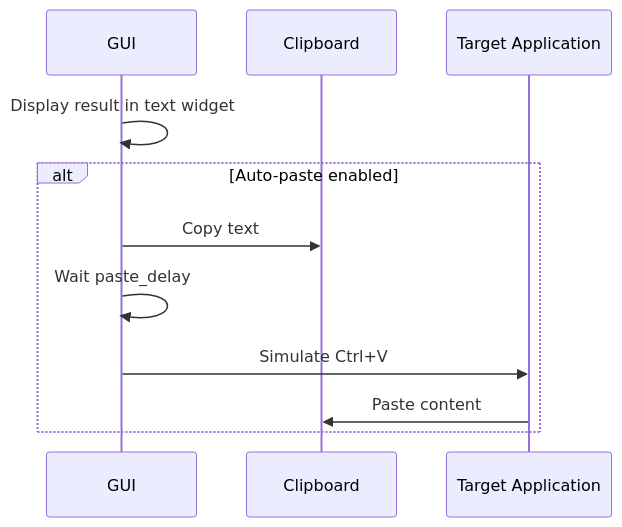
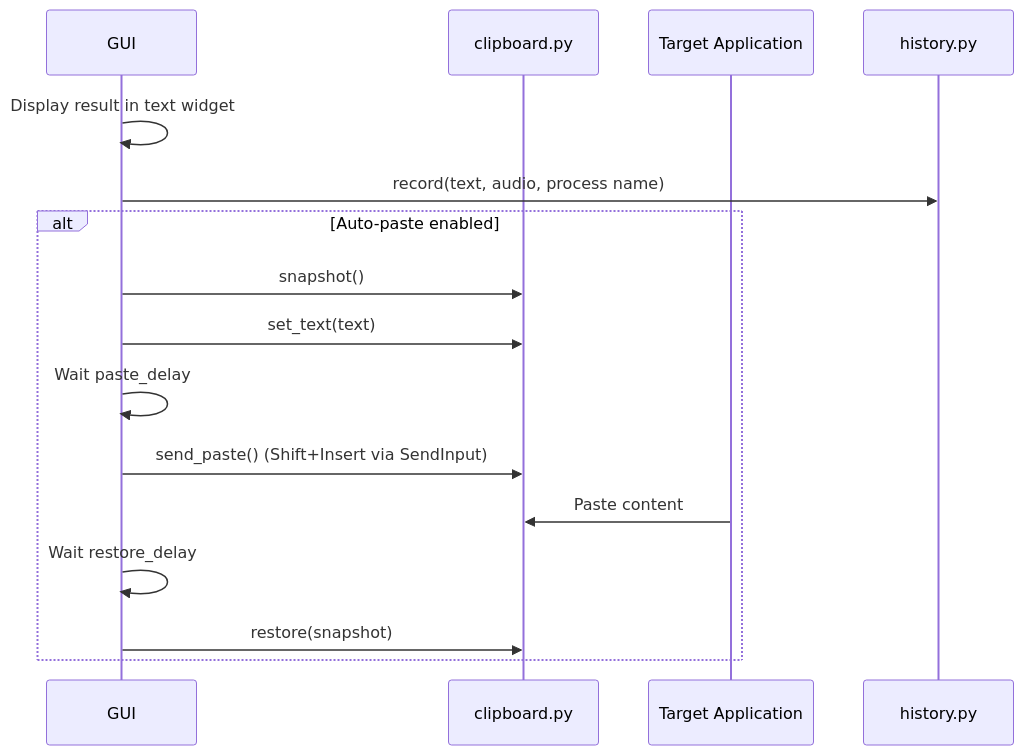
The fifth of 6 diagrams in docs/architecture.md (dancwilliams/whisper-dictate), drawn with Mermaid before and after one commit. The commit also changed other lines of this file and 1 other file, not shown here.

````diff
--- a/docs/architecture.md
+++ b/docs/architecture.md
@@ -165,15 +198,20 @@
 ```mermaid
 sequenceDiagram
     participant GUI
-    participant Clipboard
+    participant Clip as clipboard.py
     participant Target as Target Application
+    participant History as history.py
 
     GUI->>GUI: Display result in text widget
+    GUI->>History: record(text, audio, process name)
 
     alt Auto-paste enabled
-        GUI->>Clipboard: Copy text
+        GUI->>Clip: snapshot()
+        GUI->>Clip: set_text(text)
         GUI->>GUI: Wait paste_delay
-        GUI->>Target: Simulate Ctrl+V
-        Target->>Clipboard: Paste content
+        GUI->>Clip: send_paste() (Shift+Insert via SendInput)
+        Target->>Clip: Paste content
+        GUI->>GUI: Wait restore_delay
+        GUI->>Clip: restore(snapshot)
     end
 ```
````
